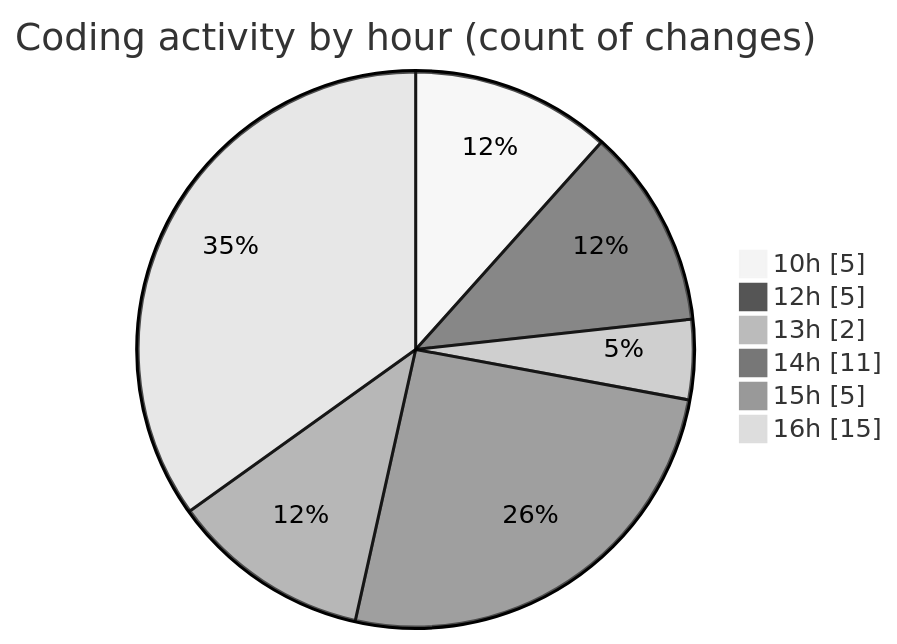
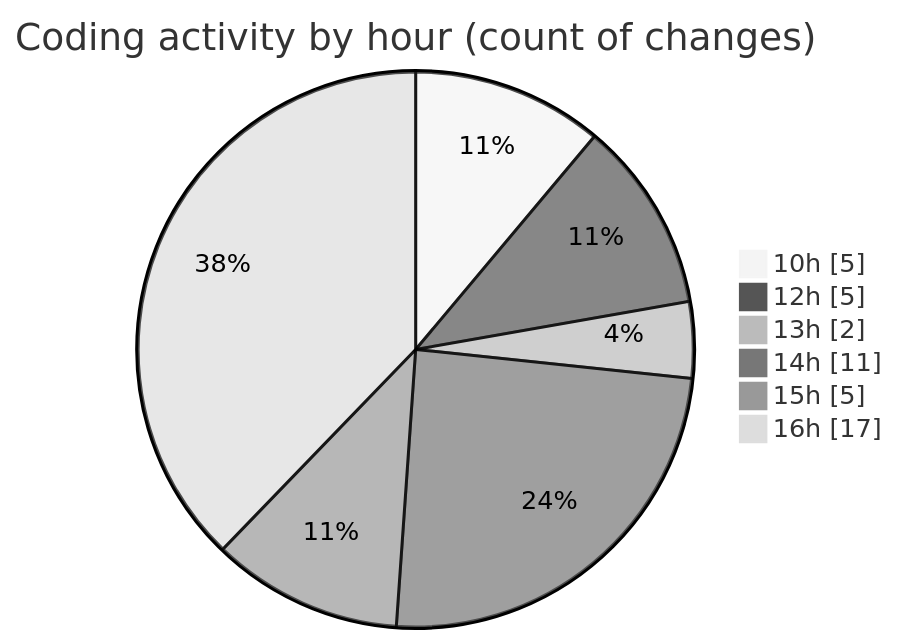
Before and after one commit to Ritupan-Deka/code-tracking: the second of 2 diagrams in 2025-07-07/urlwebwala_intership_work/README.md, drawn with Mermaid (neutral theme). The commit also changed other lines of this file and 1 other file, not shown here.

````diff
--- a/2025-07-07/urlwebwala_intership_work/README.md
+++ b/2025-07-07/urlwebwala_intership_work/README.md
@@ -30,10 +30,10 @@
 ```mermaid
 pie showData
 title Coding activity by hour (count of changes)
 "10h" : 5
 "12h" : 5
 "13h" : 2
 "14h" : 11
 "15h" : 5
-"16h" : 15
+"16h" : 17
 ```
````
